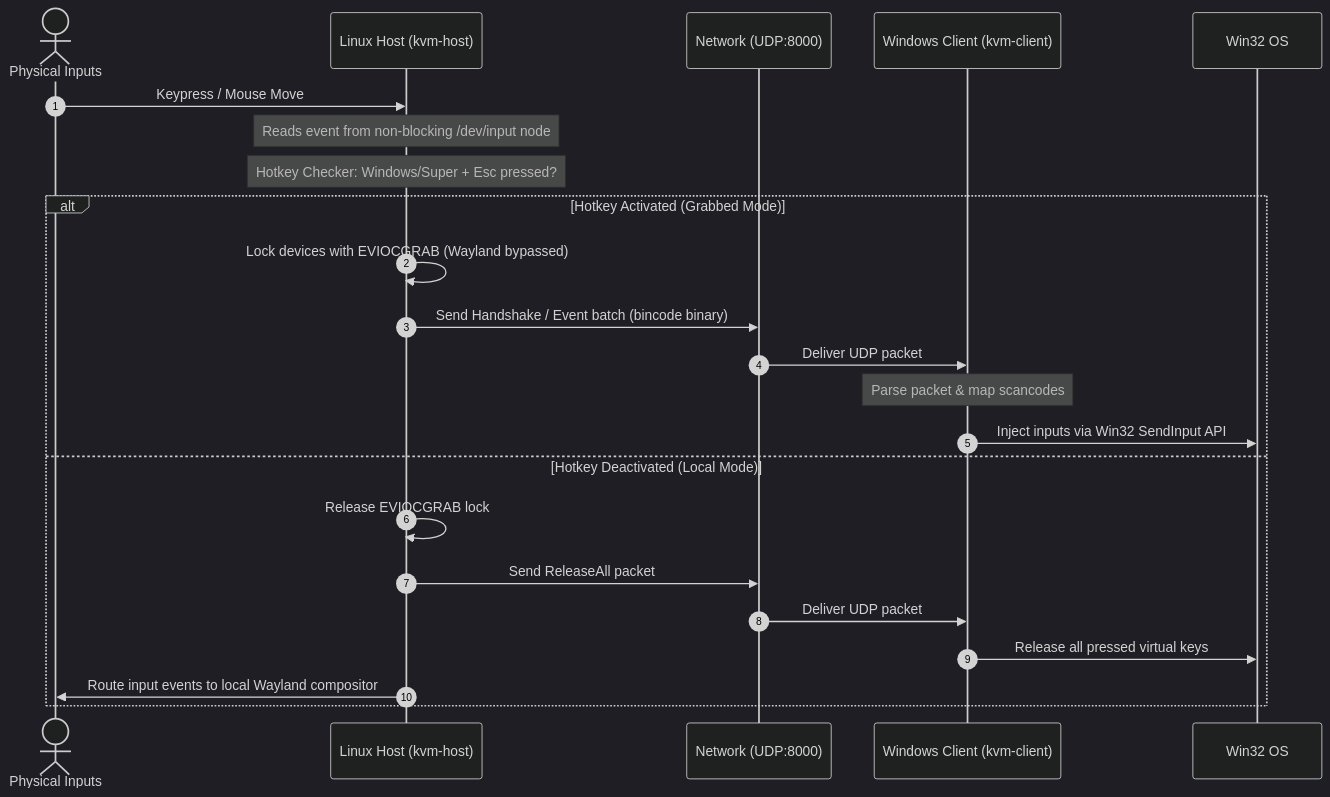
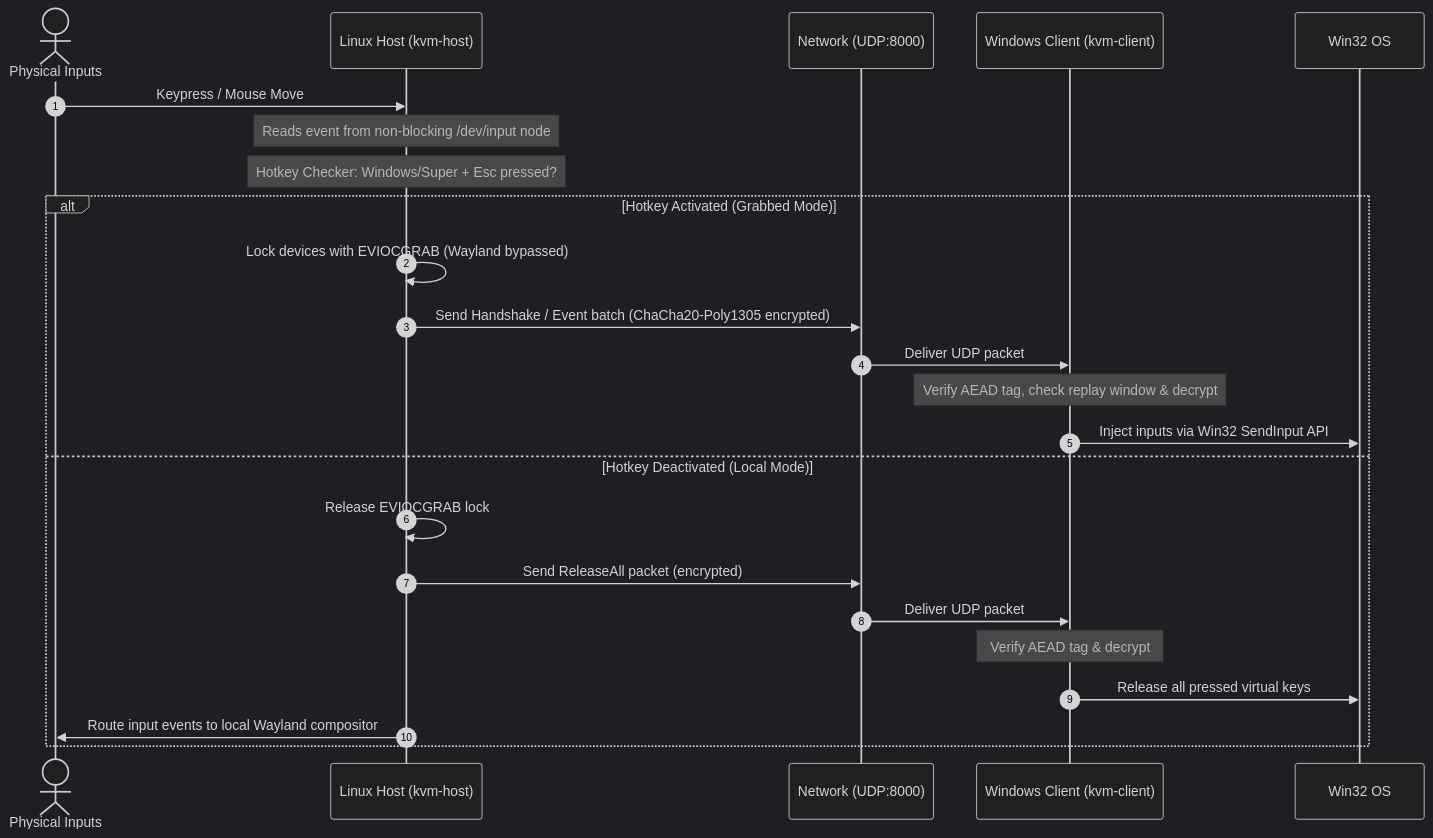
One commit to MSpider3/WayKVM changed the diagram in README.md. Above: the diagram before and after it, drawn with Mermaid (dark theme). The commit also changed other lines of this file and 8 other files, not shown here.

Commit message:
feat: add encryption and authentication using ChaCha20-Poly1305 with replay protection

````diff
--- a/README.md
+++ b/README.md
@@ -26,26 +26,27 @@
 ```mermaid
 sequenceDiagram
     autonumber
     actor User as Physical Inputs
     participant Host as Linux Host (kvm-host)
     participant Net as Network (UDP:8000)
     participant Client as Windows Client (kvm-client)
     participant OS as Win32 OS
 
     User->>Host: Keypress / Mouse Move
     Note over Host: Reads event from non-blocking /dev/input node
     Note over Host: Hotkey Checker: Windows/Super + Esc pressed?
     alt Hotkey Activated (Grabbed Mode)
         Host->>Host: Lock devices with EVIOCGRAB (Wayland bypassed)
-        Host->>Net: Send Handshake / Event batch (bincode binary)
+        Host->>Net: Send Handshake / Event batch (ChaCha20-Poly1305 encrypted)
         Net->>Client: Deliver UDP packet
-        Note over Client: Parse packet & map scancodes
+        Note over Client: Verify AEAD tag, check replay window & decrypt
         Client->>OS: Inject inputs via Win32 SendInput API
     else Hotkey Deactivated (Local Mode)
         Host->>Host: Release EVIOCGRAB lock
-        Host->>Net: Send ReleaseAll packet
+        Host->>Net: Send ReleaseAll packet (encrypted)
         Net->>Client: Deliver UDP packet
+        Note over Client: Verify AEAD tag & decrypt
         Client->>OS: Release all pressed virtual keys
         Host->>User: Route input events to local Wayland compositor
     end
 ```
````
